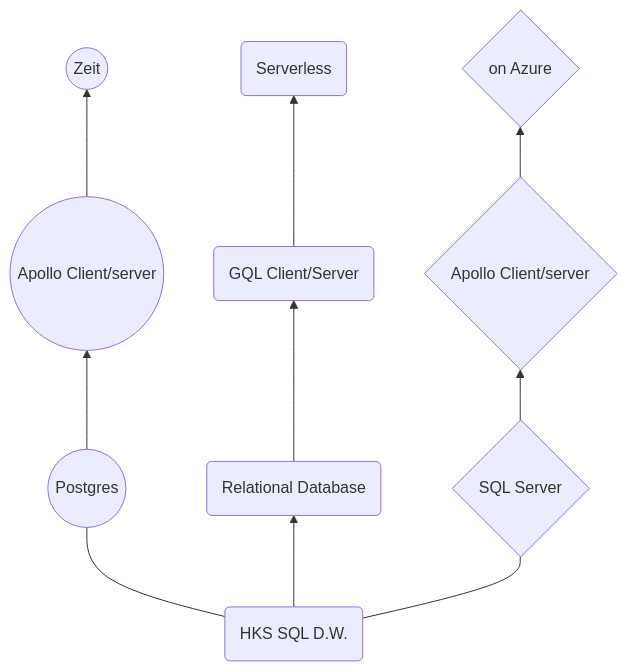
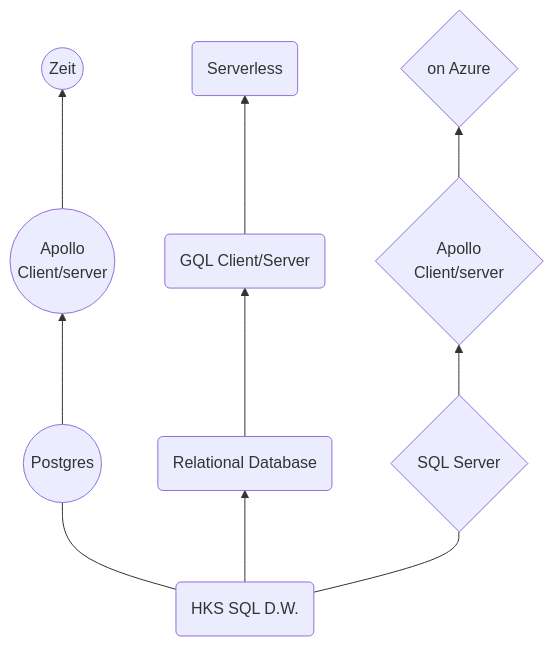
Before and after one commit to taylorhahn27/arch-docs: the diagram in role-models-with-both-platforms/version2.md, drawn with Mermaid.

Commit message:
alternative sizing

````diff
--- a/role-models-with-both-platforms/version2.md
+++ b/role-models-with-both-platforms/version2.md
@@ -1,13 +1,13 @@
 ```mermaid
 graph BT;
     A(HKS SQL D.W.)---E((Postgres));
     A-->B(Relational Database);
     A---H{SQL Server};
-    E-->F((Apollo Client/server));
+    E-->F((Apollo<br> Client/server));
     B-->C(GQL Client/Server);
-    H-->I{Apollo Client/server};
+    H-->I{Apollo<br> Client/server};
     F-->G((Zeit));
    C-->D(Serverless);
     I-->J{on Azure}; 
 
 ```
````
